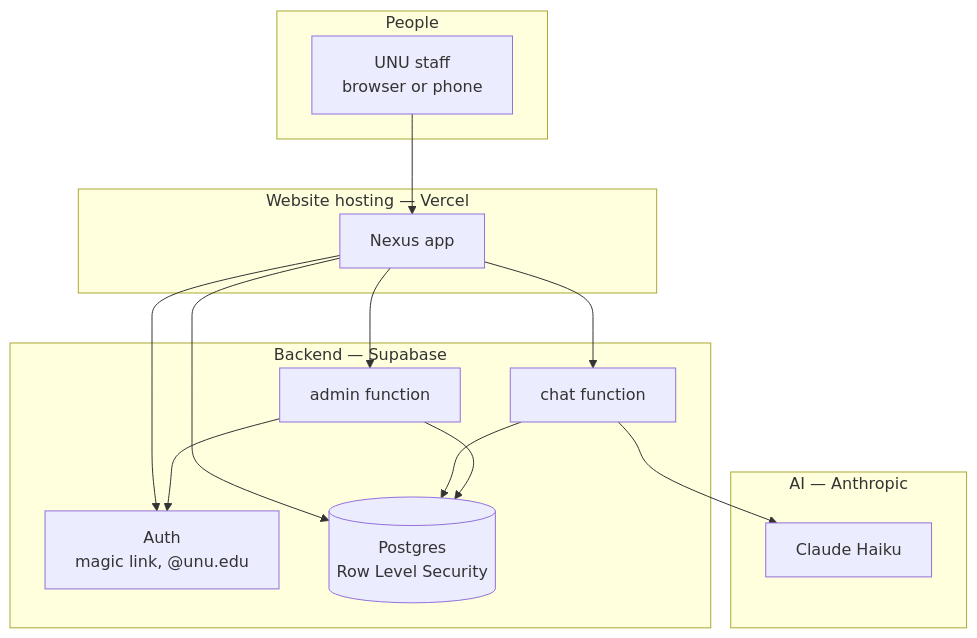
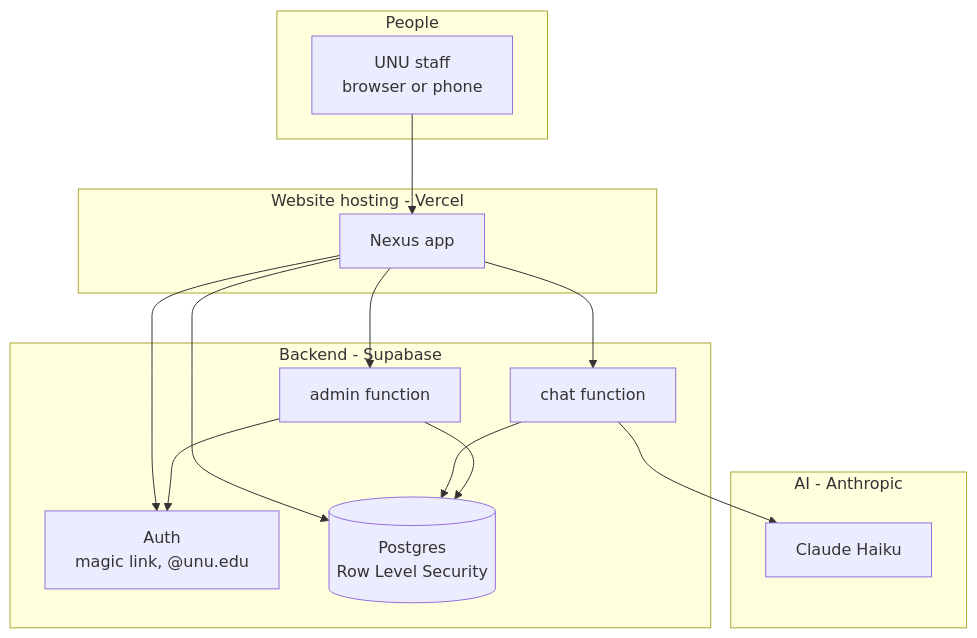
Before and after one commit to SirKaiwade/UNU_Nexus: the first of 5 diagrams in TECHNICAL.md, drawn with Mermaid. The commit also changed other lines of this file and 1 other file, not shown here.

````diff
--- a/TECHNICAL.md
+++ b/TECHNICAL.md
@@ -209,31 +209,31 @@
 ```mermaid
 flowchart TB
   subgraph People["People"]
     S["UNU staff<br/>browser or phone"]
   end
 
-  subgraph Hosting["Website hosting — Vercel"]
+  subgraph Hosting["Website hosting - Vercel"]
     APP["Nexus app"]
   end
 
-  subgraph Platform["Backend — Supabase"]
+  subgraph Platform["Backend - Supabase"]
     AUTH["Auth<br/>magic link, @unu.edu"]
     DB[("Postgres<br/>Row Level Security")]
     CHAT["chat function"]
     ADMIN["admin function"]
   end
 
-  subgraph Model["AI — Anthropic"]
+  subgraph Model["AI - Anthropic"]
     CLAUDE["Claude Haiku"]
   end
 
   S --> APP
   APP --> AUTH
   APP --> DB
   APP --> CHAT
   APP --> ADMIN
   CHAT --> CLAUDE
   CHAT --> DB
   ADMIN --> DB
   ADMIN --> AUTH
 ```
````
